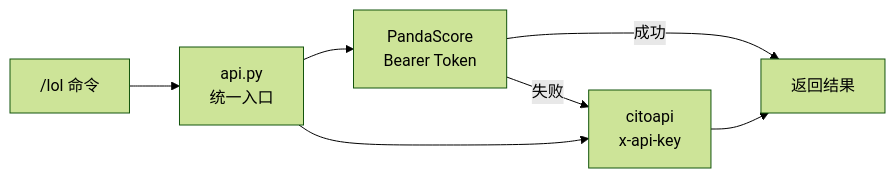
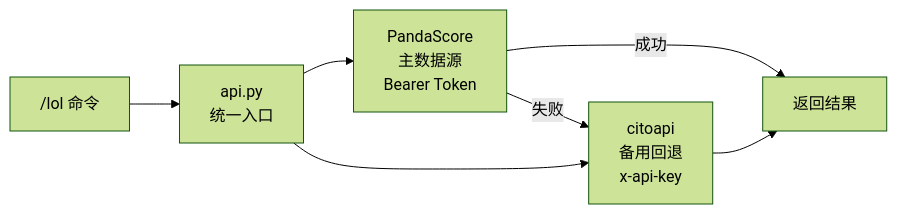
Before and after one commit to serine-0421/astrbot-workspace: the diagram in README.md, drawn with Mermaid (forest theme). The commit also changed other lines of this file and 4 other files, not shown here.

````diff
--- a/README.md
+++ b/README.md
@@ -10,9 +10,9 @@
 ```mermaid
 flowchart LR
     CMD["/lol 命令"] --> API["api.py<br/>统一入口"]
-    API --> PS["PandaScore<br/>Bearer Token"]
-    API --> CITO["citoapi<br/>x-api-key"]
+    API --> PS["PandaScore<br/>主数据源<br/>Bearer Token"]
+    API --> CITO["citoapi<br/>备用回退<br/>x-api-key"]
     PS -->|成功| RESULT["返回结果"]
     PS -->|失败| CITO
     CITO --> RESULT
 ```
````
